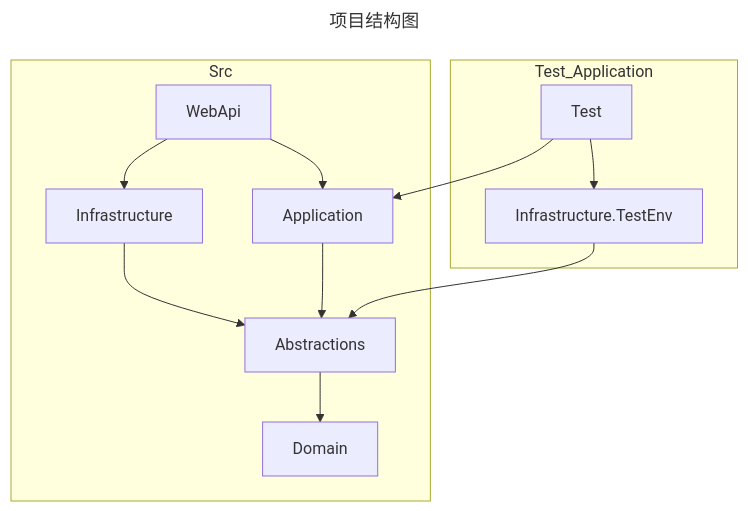
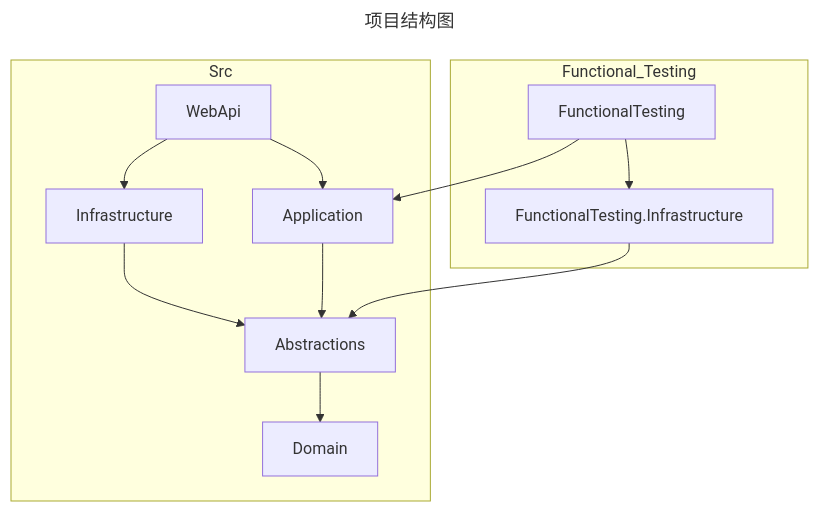
Before and after one commit to tsctsc6/MusicManagementDemo: the first of 2 diagrams in README.md, drawn with Mermaid.

````diff
--- a/README.md
+++ b/README.md
@@ -38,19 +38,19 @@
 ```mermaid
 ---
 title: 项目结构图
 ---
 flowchart TD
     subgraph Src
     WebApi --> Infrastructure
     WebApi --> Application
     Infrastructure --> Abstractions
     Application --> Abstractions
     Abstractions --> Domain
     end
 
-    subgraph Test_Application
-    Test --> Infrastructure.TestEnv
-    Test --> Application
-    Infrastructure.TestEnv --> Abstractions
+    subgraph Functional_Testing
+    FunctionalTesting --> FunctionalTesting.Infrastructure
+    FunctionalTesting --> Application
+    FunctionalTesting.Infrastructure --> Abstractions
     end
 ```
````
